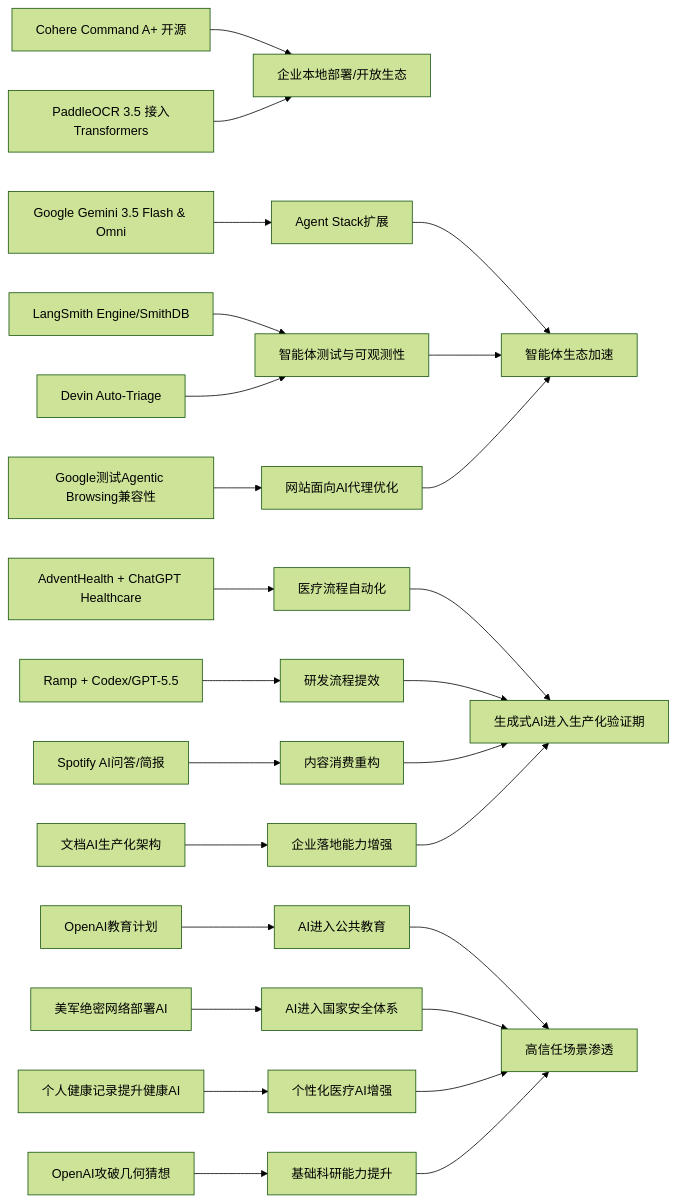
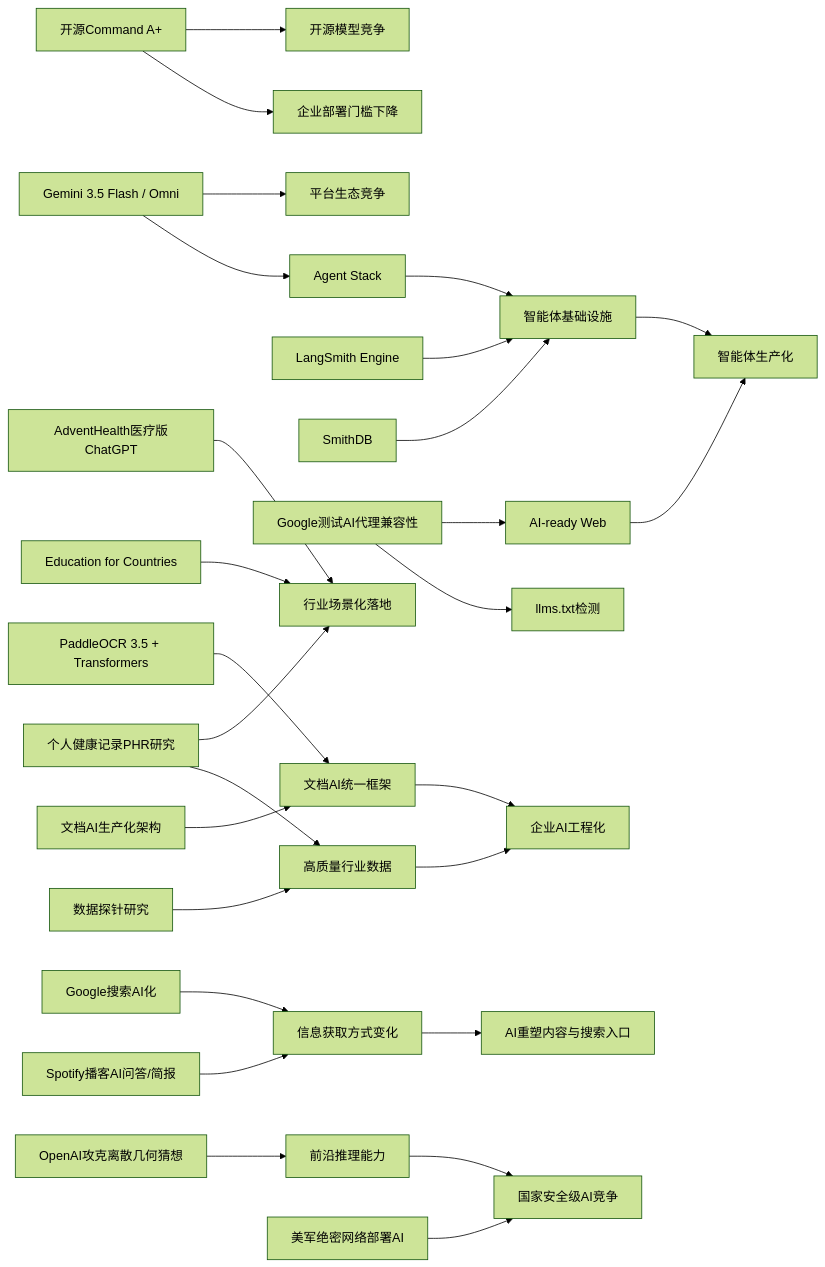
One commit to zhuxinfei/ai-daily-site changed the diagram in content/cn/2026/2026-05/2026-05-21.md. Above: the diagram before and after it, drawn with Mermaid (forest theme). The commit also changed other lines of this file, not shown here.

````diff
--- a/content/cn/2026/2026-05/2026-05-21.md
+++ b/content/cn/2026/2026-05/2026-05-21.md
@@ -110,31 +110,34 @@
 ```mermaid
 graph LR
-    A[Cohere Command A+ 开源] --> B[企业本地部署/开放生态]
-    C[Google Gemini 3.5 Flash & Omni] --> D[Agent Stack扩展]
-    E[PaddleOCR 3.5 接入Transformers] --> B
-    D --> F[智能体生态加速]
+    Cohere[开源Command A+] --> OpenSource[开源模型竞争]
+    GoogleGemini[Gemini 3.5 Flash / Omni] --> Ecosystem[平台生态竞争]
+    GoogleGemini --> AgentStack[Agent Stack]
+    Cohere --> EnterpriseAdoption[企业部署门槛下降]
 
-    G[LangSmith Engine/SmithDB] --> H[智能体测试与可观测性]
-    I[Devin Auto-Triage] --> H
-    J[Google测试Agentic Browsing兼容性] --> K[网站面向AI代理优化]
-    H --> F
-    K --> F
+    LangSmith[LangSmith Engine] --> AgentInfra[智能体基础设施]
+    SmithDB[SmithDB] --> AgentInfra
+    AgentStack --> AgentInfra
+    GoogleLighthouse[Google测试AI代理兼容性] --> AIReadyWeb[AI-ready Web]
+    GoogleLighthouse --> llmstxt[llms.txt检测]
+    AgentInfra --> ProdAgents[智能体生产化]
+    AIReadyWeb --> ProdAgents
 
-    L[AdventHealth + ChatGPT Healthcare] --> M[医疗流程自动化]
-    N[Ramp + Codex/GPT-5.5] --> O[研发流程提效]
-    P[Spotify AI问答/简报] --> Q[内容消费重构]
-    R[文档AI生产化架构] --> S[企业落地能力增强]
-    M --> T[生成式AI进入生产化验证期]
-    O --> T
-    Q --> T
-    S --> T
+    AdventHealth[AdventHealth医疗版ChatGPT] --> VerticalAI[行业场景化落地]
+    OpenAIEdu[Education for Countries] --> VerticalAI
+    PHR[个人健康记录PHR研究] --> VerticalAI
+    PHR --> DataQuality[高质量行业数据]
 
-    U[OpenAI教育计划] --> V[AI进入公共教育]
-    W[美军绝密网络部署AI] --> X[AI进入国家安全体系]
-    Y[个人健康记录提升健康AI] --> Z[个性化医疗AI增强]
-    AA[OpenAI攻破几何猜想] --> AB[基础科研能力提升]
-    V --> AC[高信任场景渗透]
-    X --> AC
-    Z --> AC
-    AB --> AC
+    PaddleOCR[PaddleOCR 3.5 + Transformers] --> DocAI[文档AI统一框架]
+    DocArch[文档AI生产化架构] --> DocAI
+    DataProbe[数据探针研究] --> DataQuality
+    DocAI --> EnterpriseAI[企业AI工程化]
+    DataQuality --> EnterpriseAI
+
+    SearchShift[Google搜索AI化] --> UserInterface[信息获取方式变化]
+    Spotify[Spotify播客AI问答/简报] --> UserInterface
+    UserInterface --> AIProductization[AI重塑内容与搜索入口]
+
+    OpenAIMath[OpenAI攻克离散几何猜想] --> FrontierReasoning[前沿推理能力]
+    USCyber[美军绝密网络部署AI] --> StrategicAI[国家安全级AI竞争]
+    FrontierReasoning --> StrategicAI
 ```
````
